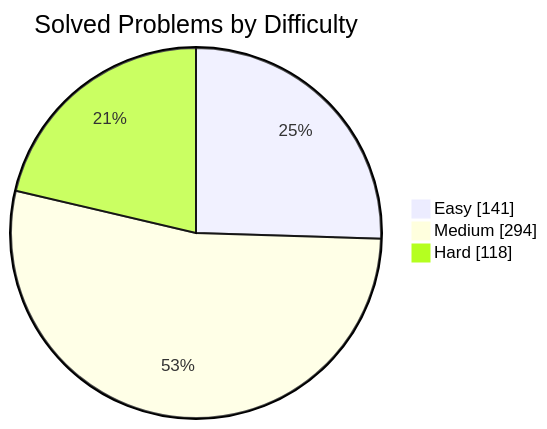
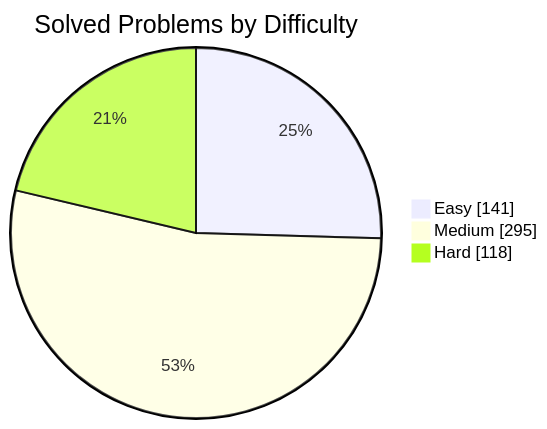
One commit to manikantbindass/DSA-Preparation-FAANG changed the first of 2 diagrams in README.md. Above: the diagram before and after it, drawn with Mermaid. The commit also changed other lines of this file and 1 other file, not shown here.

````diff
--- a/README.md
+++ b/README.md
@@ -79,7 +79,7 @@
 ```mermaid
 pie showData
     title Solved Problems by Difficulty
     "Easy" : 141
-    "Medium" : 294
+    "Medium" : 295
     "Hard" : 118
 ```
````
